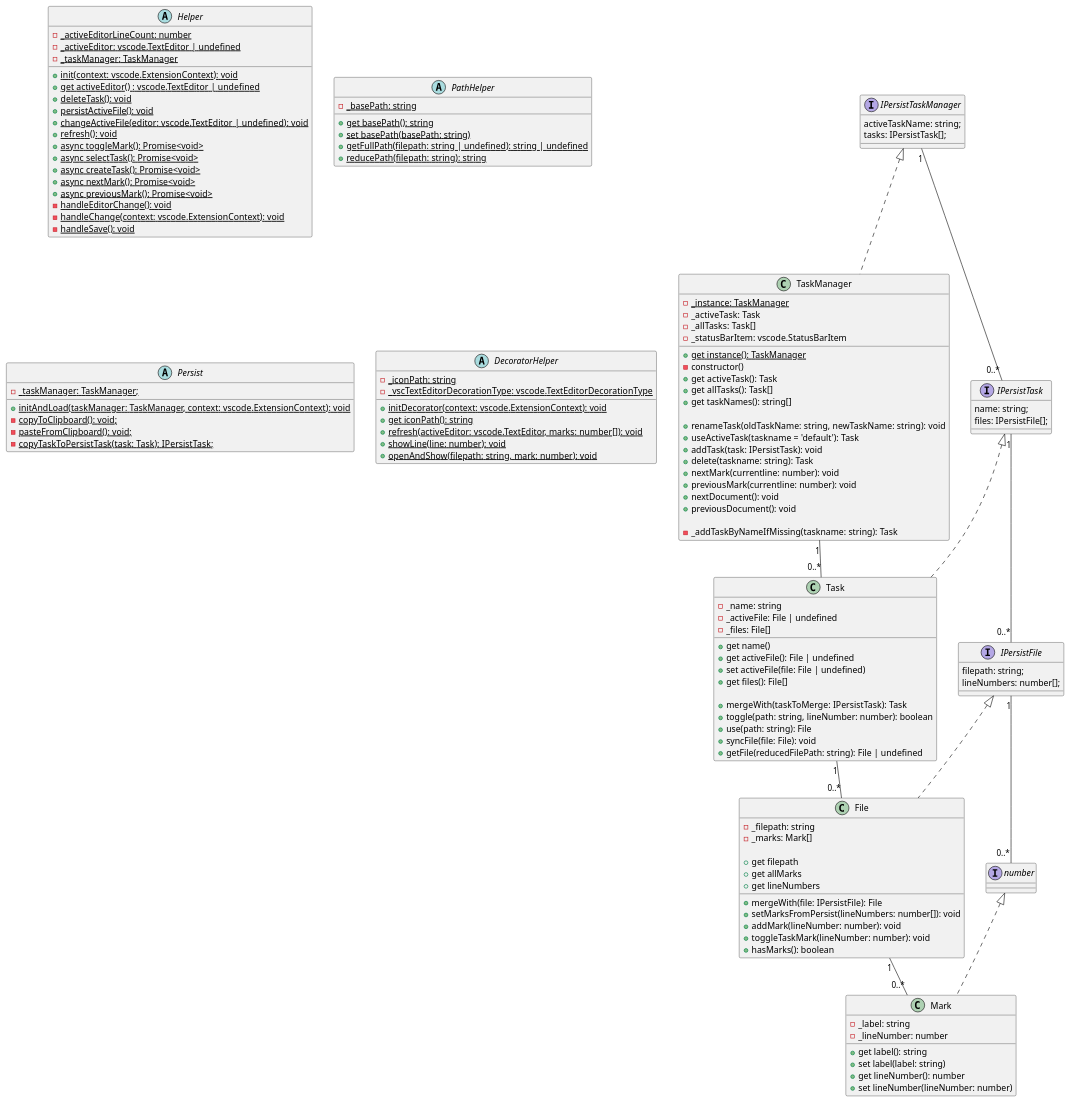
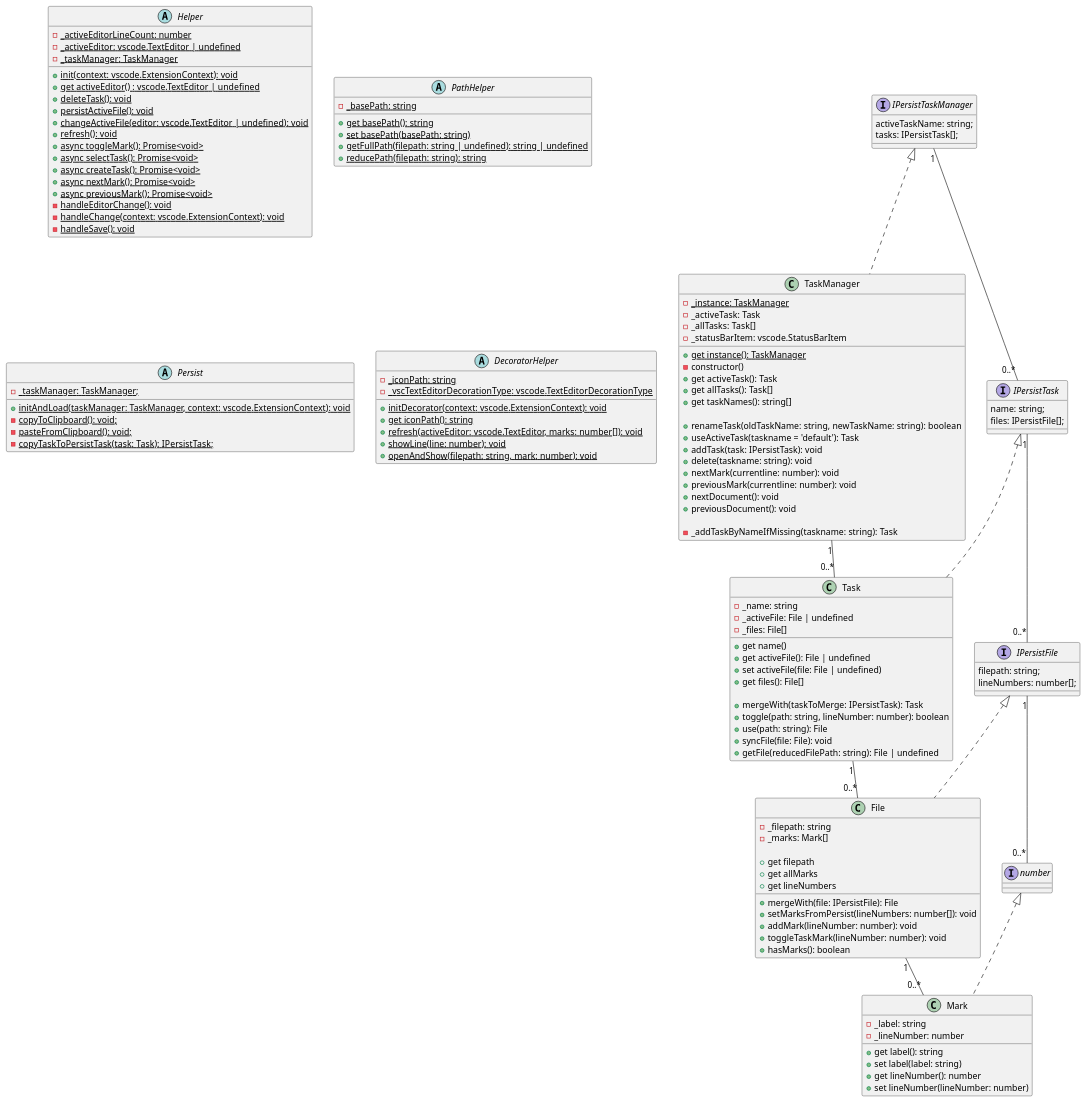
The diagram in docu/inMemory.puml (norbertK/taskmarks), drawn with PlantUML before and after one commit. The commit also changed 6 other files, not shown here.

First line of the commit message:
TaskManager: fix delete of the active default task and duplicate names

```diff
--- a/docu/inMemory.puml
+++ b/docu/inMemory.puml
@@ -2,147 +2,147 @@
 @startuml
 
 class TaskManager {
     -{static}_instance: TaskManager
     +{static}get instance(): TaskManager
     -constructor()
     -_activeTask: Task
     -_allTasks: Task[]
     -_statusBarItem: vscode.StatusBarItem
 
     +get activeTask(): Task
     +get allTasks(): Task[]
     +get taskNames(): string[]
 
-    +renameTask(oldTaskName: string, newTaskName: string): void 
+    +renameTask(oldTaskName: string, newTaskName: string): boolean
     +useActiveTask(taskname = 'default'): Task
     +addTask(task: IPersistTask): void
-    +delete(taskname: string): Task
+    +delete(taskname: string): void
     +nextMark(currentline: number): void
     +previousMark(currentline: number): void
     +nextDocument(): void
     +previousDocument(): void
 
     -_addTaskByNameIfMissing(taskname: string): Task
 }
 
 class Task {
  -_name: string
  -_activeFile: File | undefined
  -_files: File[]
 
  +get name()
  +get activeFile(): File | undefined
  +set activeFile(file: File | undefined)
  +get files(): File[]
 
  +mergeWith(taskToMerge: IPersistTask): Task
  +toggle(path: string, lineNumber: number): boolean
  +use(path: string): File
  +syncFile(file: File): void
  +getFile(reducedFilePath: string): File | undefined
 }
 
 class File {
  -_filepath: string
  -_marks: Mark[]
 
  +get filepath
  +get allMarks
  +get lineNumbers
 
  +mergeWith(file: IPersistFile): File
  +setMarksFromPersist(lineNumbers: number[]): void
  +addMark(lineNumber: number): void
  +toggleTaskMark(lineNumber: number): void
  +hasMarks(): boolean
 }
 
 class Mark {
  -_label: string
  -_lineNumber: number
 
  +get label(): string
  +set label(label: string)
  +get lineNumber(): number
  +set lineNumber(lineNumber: number)
 }
 
 TaskManager "1" -- "0..*" Task
 Task "1" -- "0..*" File
 File "1" -- "0..*" Mark
 
 
 interface IPersistTaskManager {
   activeTaskName: string;
   tasks: IPersistTask[];
 }
 
 interface IPersistTask {
   name: string;
   files: IPersistFile[];
 }
 
 interface IPersistFile {
   filepath: string;
   lineNumbers: number[];
 }
 interface number {
 }
 
 IPersistTaskManager "1" -- "0..*" IPersistTask
 IPersistTask "1" -- "0..*" IPersistFile
 IPersistFile "1" -- "0..*" number
 
 
 IPersistTaskManager <|.. TaskManager
 IPersistTask <|.. Task
 IPersistFile <|.. File
 number <|.. Mark
 
 abstract class Helper{
     -{static}_activeEditorLineCount: number
     -{static}_activeEditor: vscode.TextEditor | undefined
     -{static}_taskManager: TaskManager
     +{static}init(context: vscode.ExtensionContext): void
     +{static}get activeEditor() : vscode.TextEditor | undefined
     +{static}deleteTask(): void
     +{static}persistActiveFile(): void
     +{static}changeActiveFile(editor: vscode.TextEditor | undefined): void
     +{static}refresh(): void
     +{static}async toggleMark(): Promise<void>
     +{static}async selectTask(): Promise<void>
     +{static}async createTask(): Promise<void>
     +{static}async nextMark(): Promise<void>
     +{static}async previousMark(): Promise<void>
     -{static}handleEditorChange(): void
     -{static}handleChange(context: vscode.ExtensionContext): void
     -{static}handleSave(): void
 }
 
 abstract class PathHelper{
     -{static}_basePath: string
     +{static}get basePath(): string
     +{static}set basePath(basePath: string)
     +{static}getFullPath(filepath: string | undefined): string | undefined
     +{static}reducePath(filepath: string): string
 }
 
 abstract class Persist{
     -{static}_taskManager: TaskManager;
     +{static}initAndLoad(taskManager: TaskManager, context: vscode.ExtensionContext): void
     -{static}copyToClipboard(): void;
     -{static}pasteFromClipboard(): void;
     -{static}copyTaskToPersistTask(task: Task): IPersistTask;
 }
 
 abstract class DecoratorHelper{
     -{static}_iconPath: string
     -{static}_vscTextEditorDecorationType: vscode.TextEditorDecorationType
     +{static}initDecorator(context: vscode.ExtensionContext): void
     +{static}get iconPath(): string
     +{static}refresh(activeEditor: vscode.TextEditor, marks: number[]): void
     +{static}showLine(line: number): void
     +{static}openAndShow(filepath: string, mark: number): void
 }
 
 @enduml
```
